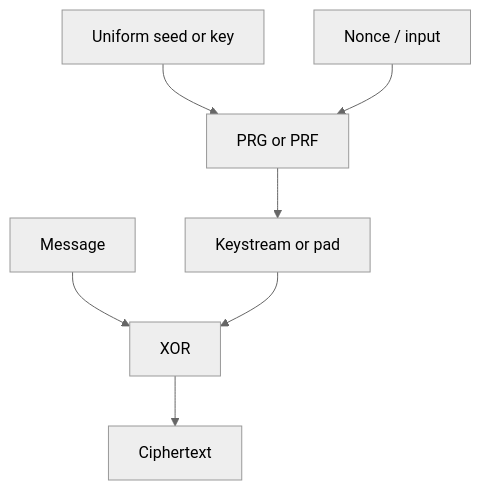
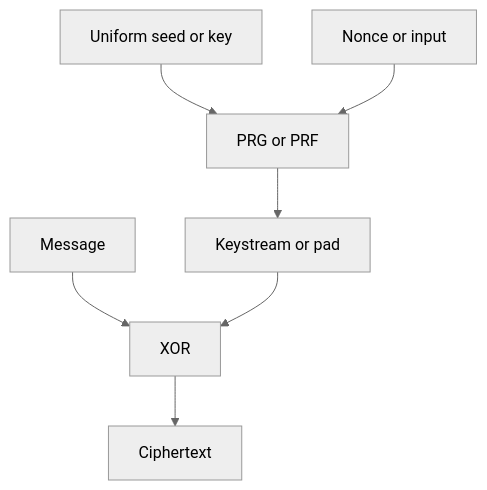
One commit to justinbrianhwang/SJ-wiki changed the diagram in docs/cs/cryptography/pseudorandom-generators-functions.md. Above: the diagram before and after it, drawn with Mermaid (neutral theme). The commit also changed other lines of this file and 955 other files, not shown here.

````diff
--- a/docs/cs/cryptography/pseudorandom-generators-functions.md
+++ b/docs/cs/cryptography/pseudorandom-generators-functions.md
@@ -104,9 +102,9 @@
 ```mermaid
 flowchart TD
-  S[Uniform seed or key] --> G[PRG or PRF]
-  N[Nonce / input] --> G
-  G --> K[Keystream or pad]
-  M[Message] --> X[XOR]
+  S["Uniform seed or key"] --> G["PRG or PRF"]
+  N["Nonce or input"] --> G
+  G --> K["Keystream or pad"]
+  M["Message"] --> X["XOR"]
   K --> X
-  X --> C[Ciphertext]
+  X --> C["Ciphertext"]
 ```
````
